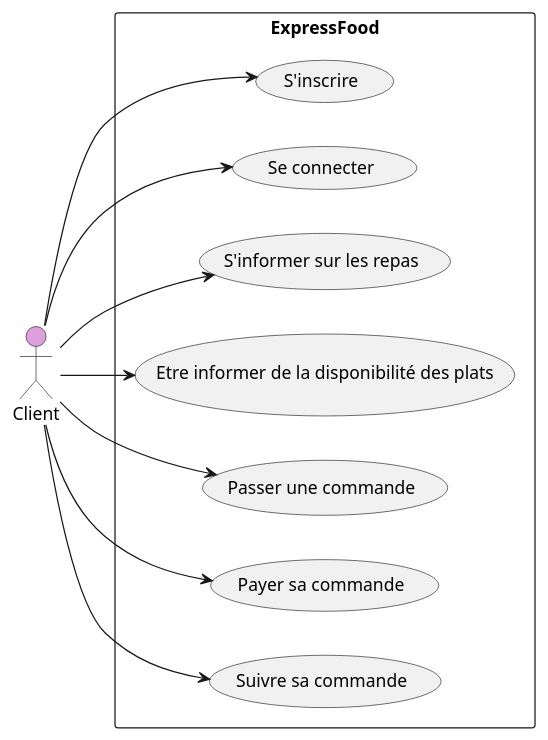
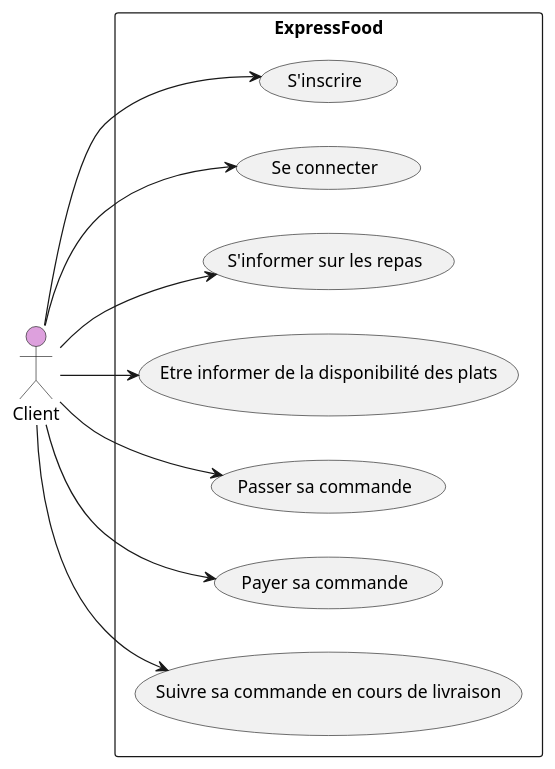
One commit to laurasullyalexandrine/expressfood changed the diagram in UseCase/Client.puml. Above: the diagram before and after it, drawn with PlantUML. The commit also changed 11 other files, not shown here.

```diff
--- a/UseCase/Client.puml
+++ b/UseCase/Client.puml
@@ -2,25 +2,25 @@
 @startuml Client
 
 left to right direction
 
 actor "Client" as Client #Plum
 
 rectangle ExpressFood {
   usecase "S'inscrire" as UC1
   usecase "Se connecter" as UC2
   usecase "S'informer sur les repas" as UC3
   usecase "Etre informer de la disponibilité des plats" as UC4
-  usecase "Passer une commande" as UC5
+  usecase "Passer sa commande" as UC5
   usecase "Payer sa commande" as UC6
-  usecase "Suivre sa commande" as UC7
+  usecase "Suivre sa commande en cours de livraison" as UC7
 }
 
 Client --> UC1
 Client --> UC2
 Client --> UC3
 Client --> UC4
 Client --> UC5
 Client --> UC6
 Client --> UC7
 
 @enduml
```
